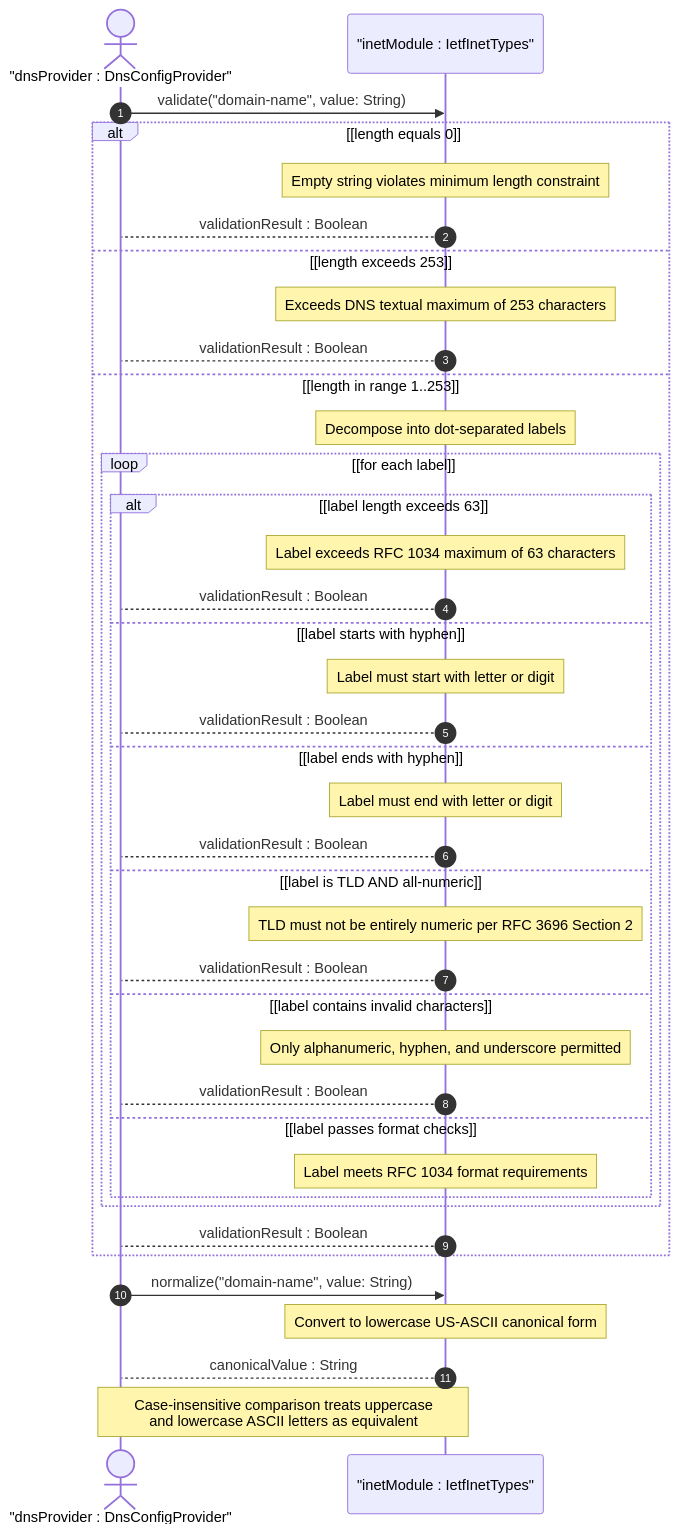
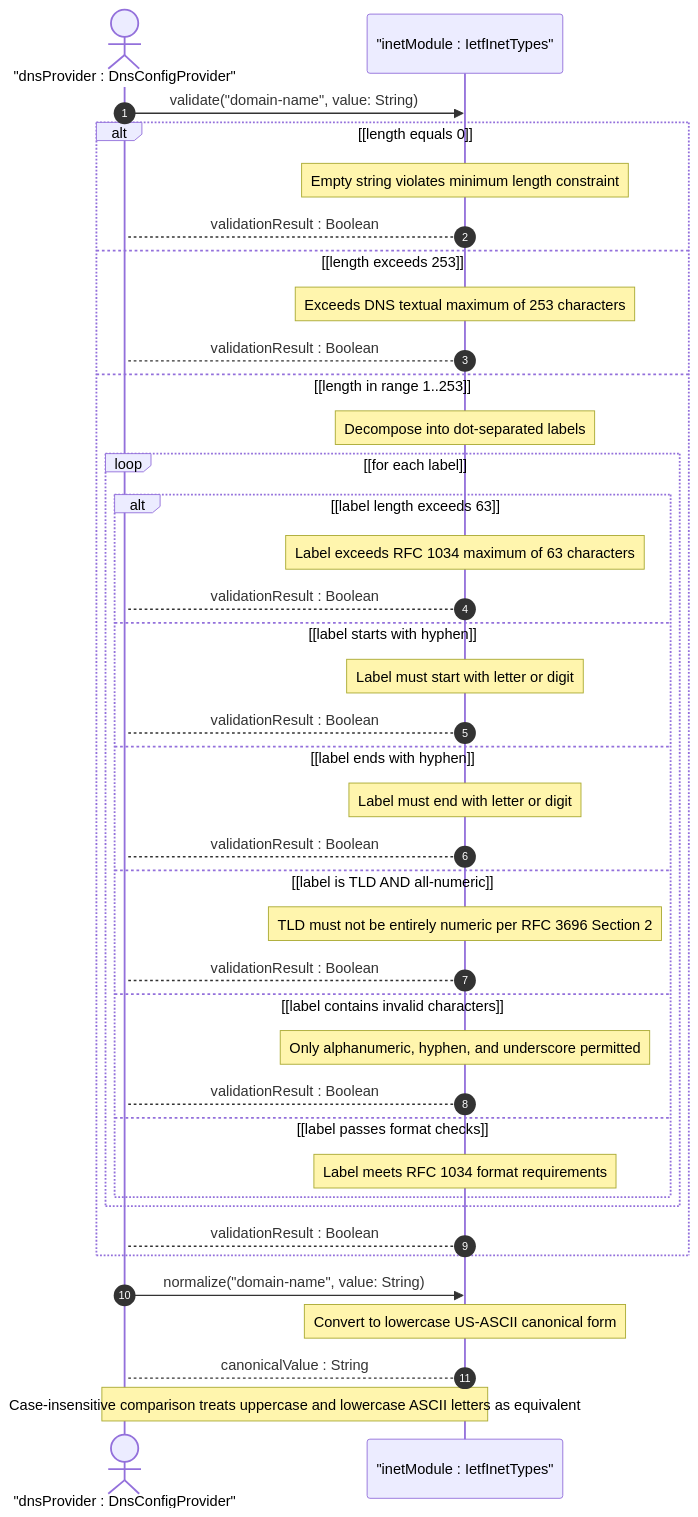
Before and after one commit to gintatkinson/3dgs-039: the first of 2 diagrams in docs/user-stories/us-12-rfc6991-inet-domain-name-validation-rules.md, drawn with Mermaid.

Commit message:
fix: remove unquoted angle bracket from Mermaid note in us-12

````diff
--- a/docs/user-stories/us-12-rfc6991-inet-domain-name-validation-rules.md
+++ b/docs/user-stories/us-12-rfc6991-inet-domain-name-validation-rules.md
@@ -119,44 +119,44 @@
 ```mermaid
 sequenceDiagram
     autonumber
     actor dnsProvider as "dnsProvider : DnsConfigProvider"
     participant inetModule as "inetModule : IetfInetTypes"
 
     dnsProvider->>inetModule: validate("domain-name", value: String)
     alt [length equals 0]
         Note over inetModule: Empty string violates minimum length constraint
         inetModule-->dnsProvider: validationResult : Boolean
     else [length exceeds 253]
         Note over inetModule: Exceeds DNS textual maximum of 253 characters
         inetModule-->dnsProvider: validationResult : Boolean
     else [length in range 1..253]
         Note over inetModule: Decompose into dot-separated labels
         loop [for each label]
             alt [label length exceeds 63]
                 Note over inetModule: Label exceeds RFC 1034 maximum of 63 characters
                 inetModule-->dnsProvider: validationResult : Boolean
             else [label starts with hyphen]
                 Note over inetModule: Label must start with letter or digit
                 inetModule-->dnsProvider: validationResult : Boolean
             else [label ends with hyphen]
                 Note over inetModule: Label must end with letter or digit
                 inetModule-->dnsProvider: validationResult : Boolean
             else [label is TLD AND all-numeric]
                 Note over inetModule: TLD must not be entirely numeric per RFC 3696 Section 2
                 inetModule-->dnsProvider: validationResult : Boolean
             else [label contains invalid characters]
                 Note over inetModule: Only alphanumeric, hyphen, and underscore permitted
                 inetModule-->dnsProvider: validationResult : Boolean
             else [label passes format checks]
                 Note over inetModule: Label meets RFC 1034 format requirements
             end
         end
         inetModule-->dnsProvider: validationResult : Boolean
     end
 
     dnsProvider->>inetModule: normalize("domain-name", value: String)
     Note over inetModule: Convert to lowercase US-ASCII canonical form
     inetModule-->dnsProvider: canonicalValue : String
 
-    Note over dnsProvider,inetModule: Case-insensitive comparison treats uppercase<br>and lowercase ASCII letters as equivalent
+    Note over dnsProvider,inetModule: Case-insensitive comparison treats uppercase and lowercase ASCII letters as equivalent
 ```
````
